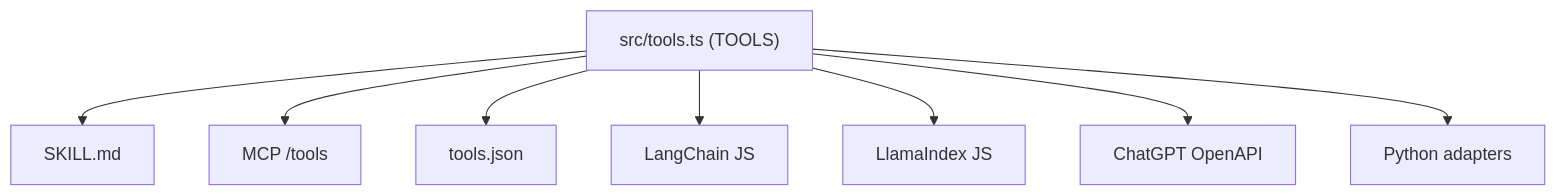
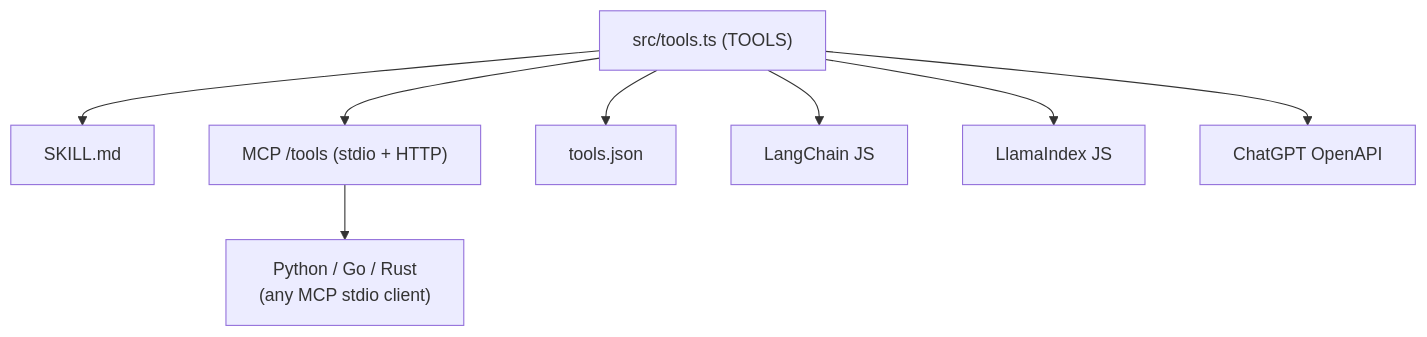
One commit to phamdat721101/payment-skill changed the second of 2 diagrams in README.md. Above: the diagram before and after it, drawn with Mermaid. The commit also changed other lines of this file and 4 other files, not shown here.

````diff
--- a/README.md
+++ b/README.md
@@ -235,10 +226,10 @@
 ```mermaid
 flowchart TB
     A["src/tools.ts (TOOLS)"] --> B[SKILL.md]
-    A --> C["MCP /tools"]
+    A --> C["MCP /tools (stdio + HTTP)"]
     A --> D[tools.json]
     A --> E[LangChain JS]
     A --> F[LlamaIndex JS]
     A --> G[ChatGPT OpenAPI]
-    A --> H[Python adapters]
+    C --> H["Python / Go / Rust\n(any MCP stdio client)"]
 ```
````
